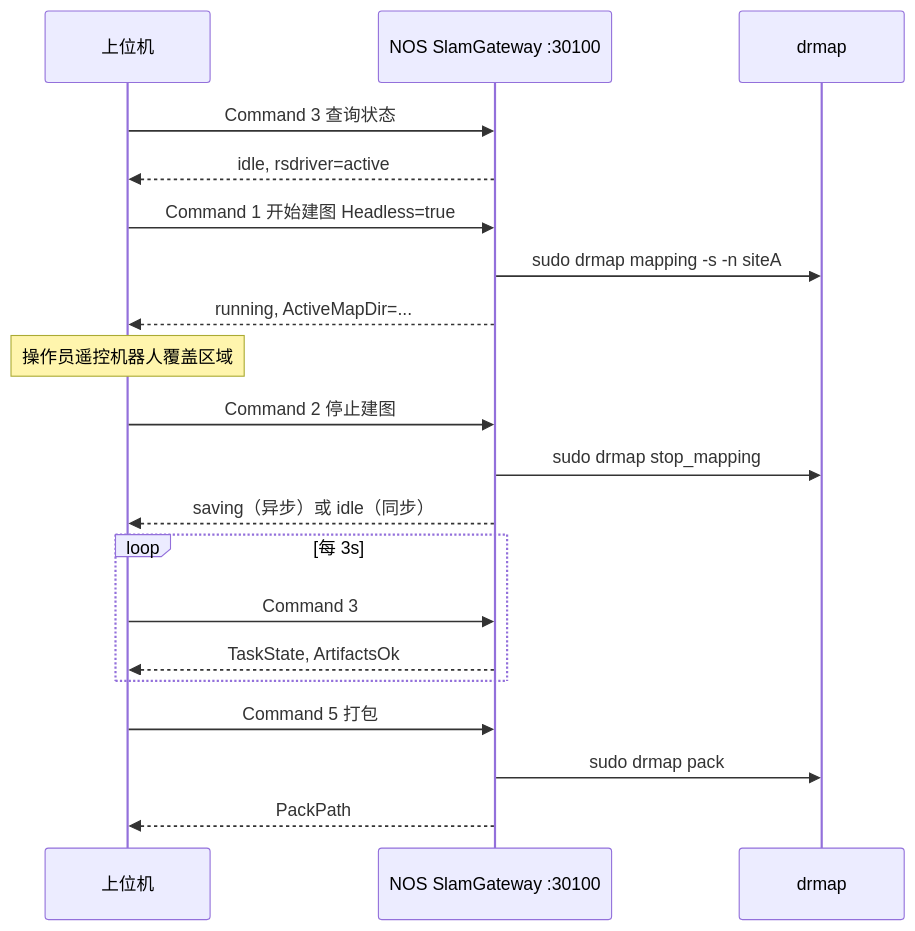
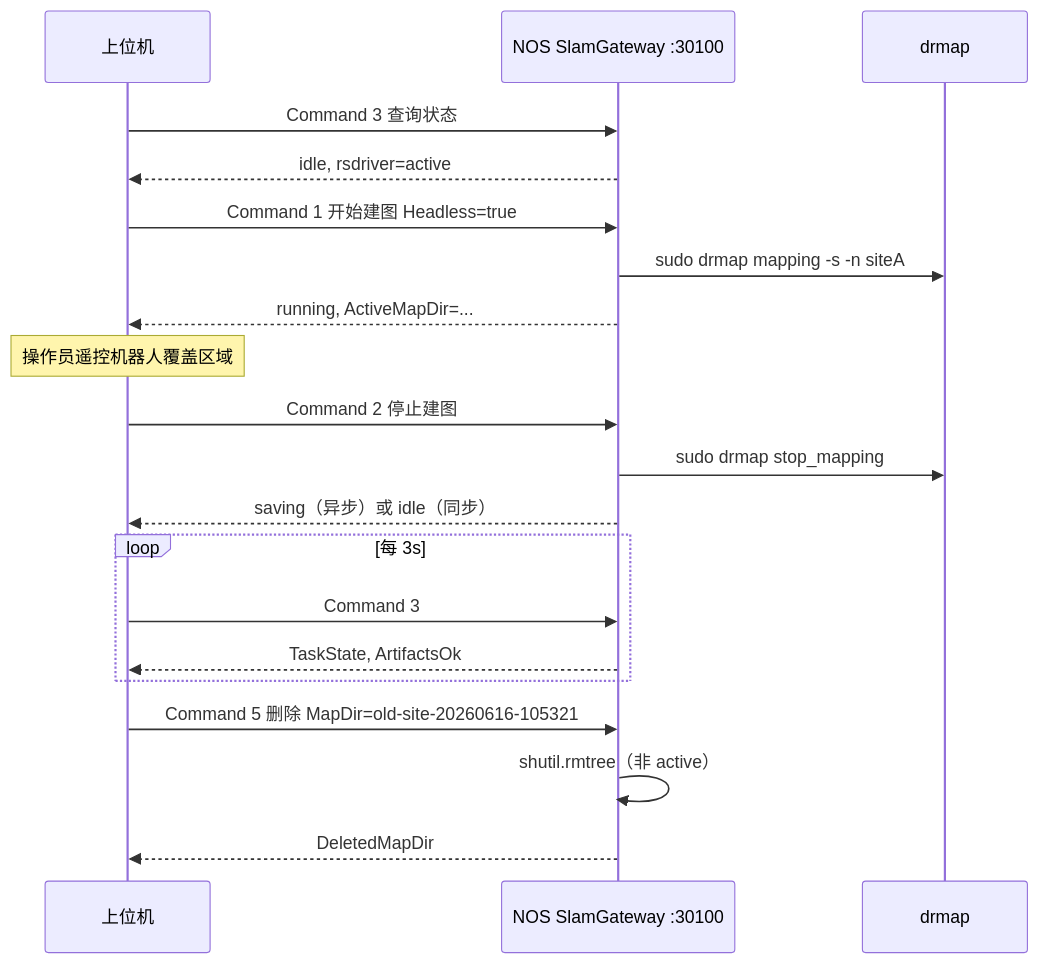
The second of 2 diagrams in m20_mapping_udp_protocol.md (zuyichengkuaishisu/pcd_ws), drawn with Mermaid before and after one commit. The commit also changed other lines of this file and 3 other files, not shown here.

First line of the commit message:
feat(mapping): 添加删除本地地图的完整支持

````diff
--- a/m20_mapping_udp_protocol.md
+++ b/m20_mapping_udp_protocol.md
@@ -357,28 +414,28 @@
 ```mermaid
 sequenceDiagram
   participant H as 上位机
   participant G as NOS SlamGateway :30100
   participant D as drmap
 
   H->>G: Command 3 查询状态
   G-->>H: idle, rsdriver=active
 
   H->>G: Command 1 开始建图 Headless=true
   G->>D: sudo drmap mapping -s -n siteA
   G-->>H: running, ActiveMapDir=...
 
   Note over H: 操作员遥控机器人覆盖区域
 
   H->>G: Command 2 停止建图
   G->>D: sudo drmap stop_mapping
   G-->>H: saving（异步）或 idle（同步）
 
   loop 每 3s
     H->>G: Command 3
     G-->>H: TaskState, ArtifactsOk
   end
 
-  H->>G: Command 5 打包
-  G->>D: sudo drmap pack
-  G-->>H: PackPath
+  H->>G: Command 5 删除 MapDir=old-site-20260616-105321
+  G->>G: shutil.rmtree（非 active）
+  G-->>H: DeletedMapDir
 ```
````
